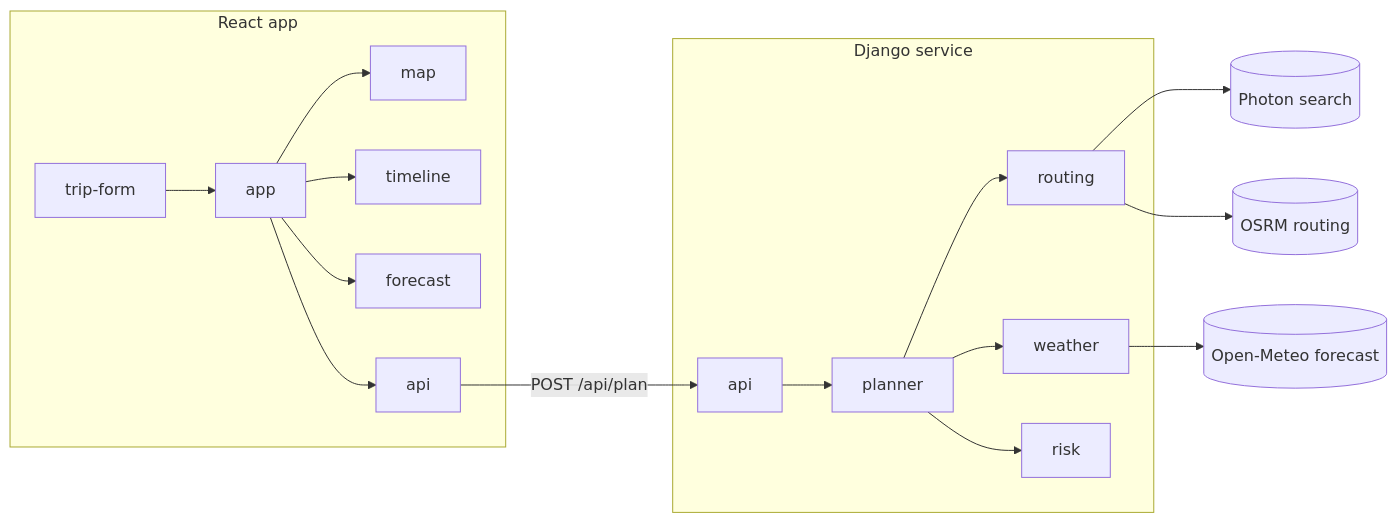
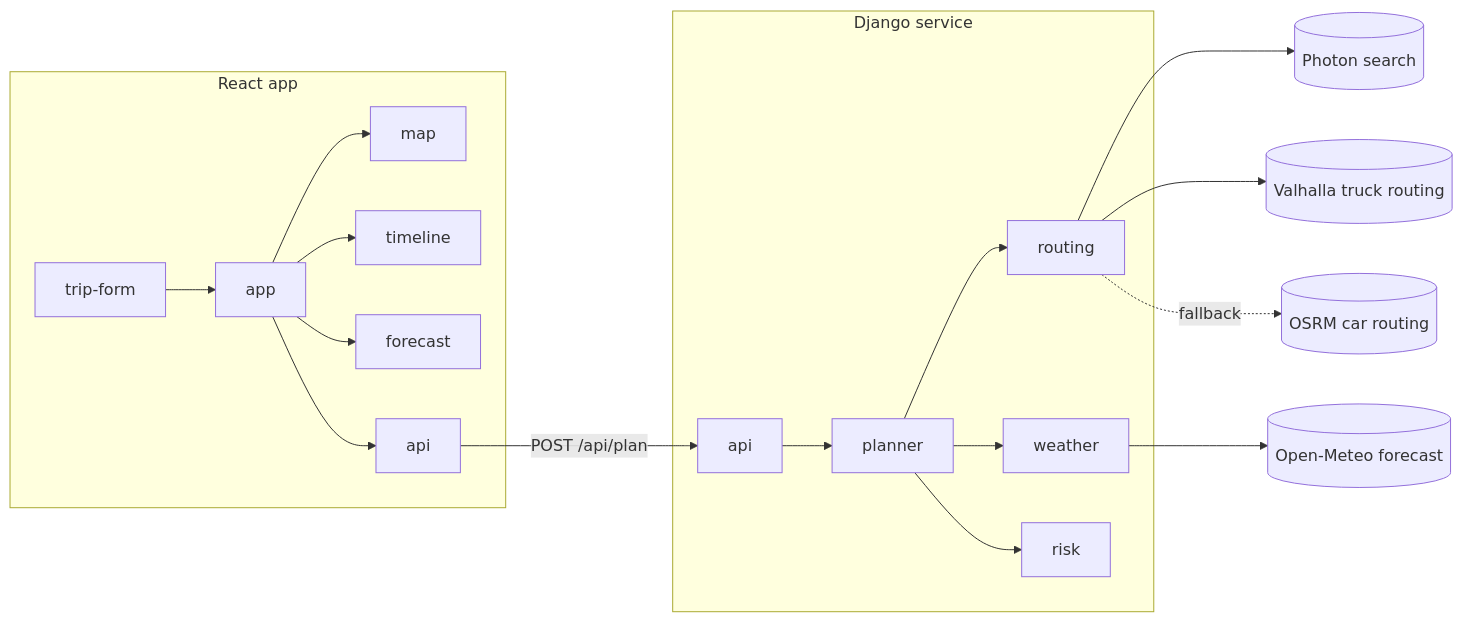
The diagram in docs/diagrams/architecture.mmd (fjfdobli/truck-route-weather), drawn with Mermaid before and after one commit. The commit also changed 26 other files, not shown here.

```diff
--- a/docs/diagrams/architecture.mmd
+++ b/docs/diagrams/architecture.mmd
@@ -1,21 +1,22 @@
 flowchart LR
     subgraph Browser["React app"]
         Form[trip-form] --> AppShell[app]
         AppShell --> Map[map]
         AppShell --> Timeline[timeline]
         AppShell --> Forecast[forecast]
         AppShell --> ApiClient[api]
     end
 
     ApiClient -- "POST /api/plan" --> Api
 
     subgraph Server["Django service"]
         Api[api] --> Planner[planner]
         Planner --> Routing[routing]
         Planner --> Weather[weather]
         Planner --> Risk[risk]
     end
 
     Routing --> Photon[(Photon search)]
-    Routing --> OSRM[(OSRM routing)]
+    Routing --> Valhalla[(Valhalla truck routing)]
+    Routing -.->|fallback| OSRM[(OSRM car routing)]
     Weather --> OpenMeteo[(Open-Meteo forecast)]
```
